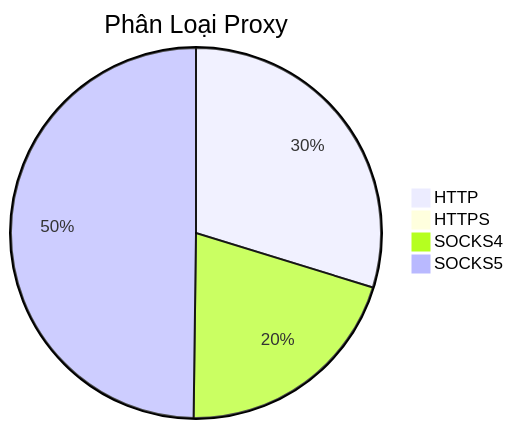
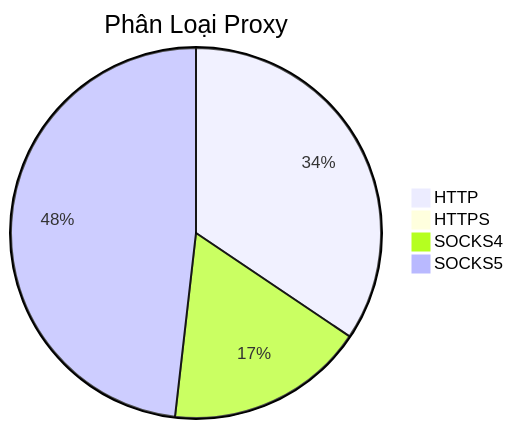
The diagram in README.md (Ciara-12/PROXY-free), drawn with Mermaid before and after one commit. The commit also changed other lines of this file and 4 other files, not shown here.

````diff
--- a/README.md
+++ b/README.md
@@ -26,7 +26,7 @@
 ```mermaid
 pie title Phân Loại Proxy
-    "HTTP" : 435
-    "HTTPS" : 4
-    "SOCKS4" : 299
-    "SOCKS5" : 728
+    "HTTP" : 418
+    "HTTPS" : 3
+    "SOCKS4" : 211
+    "SOCKS5" : 585
 ```
````
